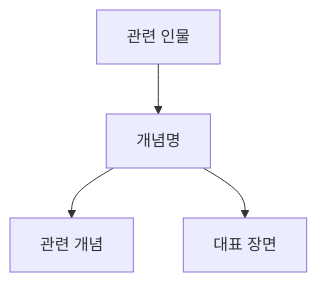
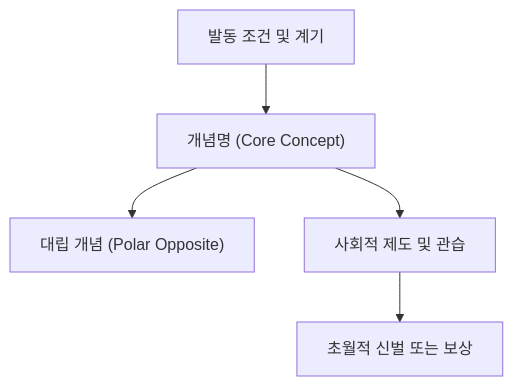
One commit to YgHnSIM/Homer_wiki changed the diagram in wiki/concepts/_template.md. Above: the diagram before and after it, drawn with Mermaid. The commit also changed other lines of this file and 5 other files, not shown here.

````diff
--- a/wiki/concepts/_template.md
+++ b/wiki/concepts/_template.md
@@ -70,6 +59,7 @@
 ```mermaid
 graph TD
-    A["개념명"] --> B["관련 개념"]
-    A --> C["대표 장면"]
-    D["관련 인물"] --> A
+    Trigger["발동 조건 및 계기"] --> Concept["개념명 (Core Concept)"]
+    Concept --> Opposite["대립 개념 (Polar Opposite)"]
+    Concept --> Institution["사회적 제도 및 관습"]
+    Institution --> Sanction["초월적 신벌 또는 보상"]
 ```
````
